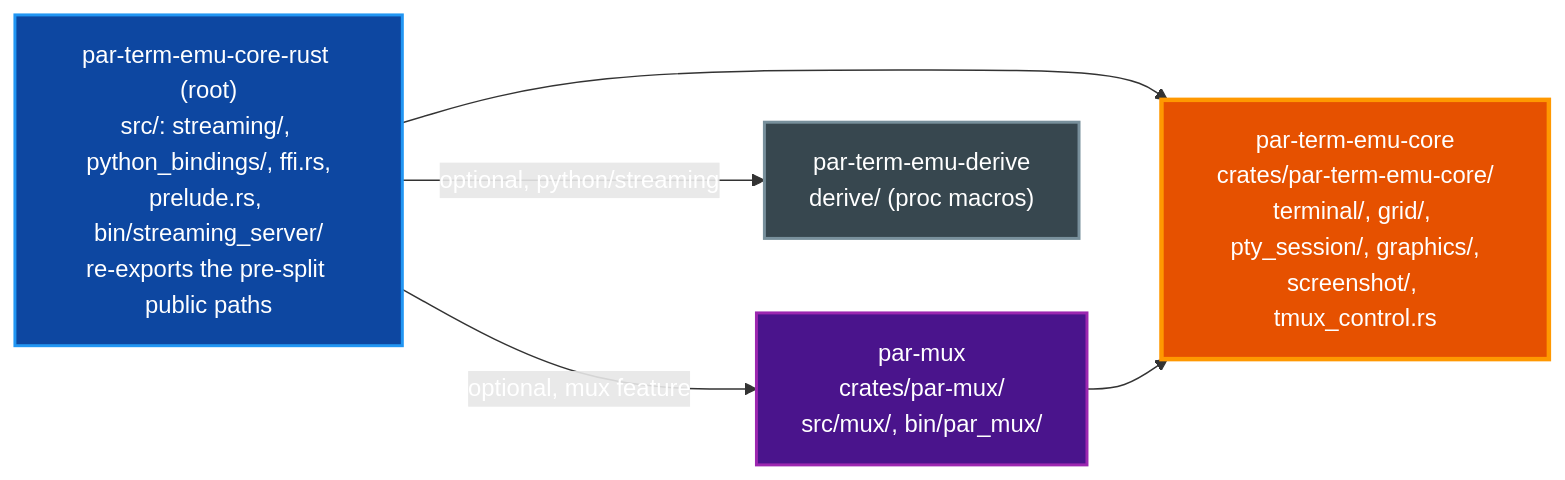
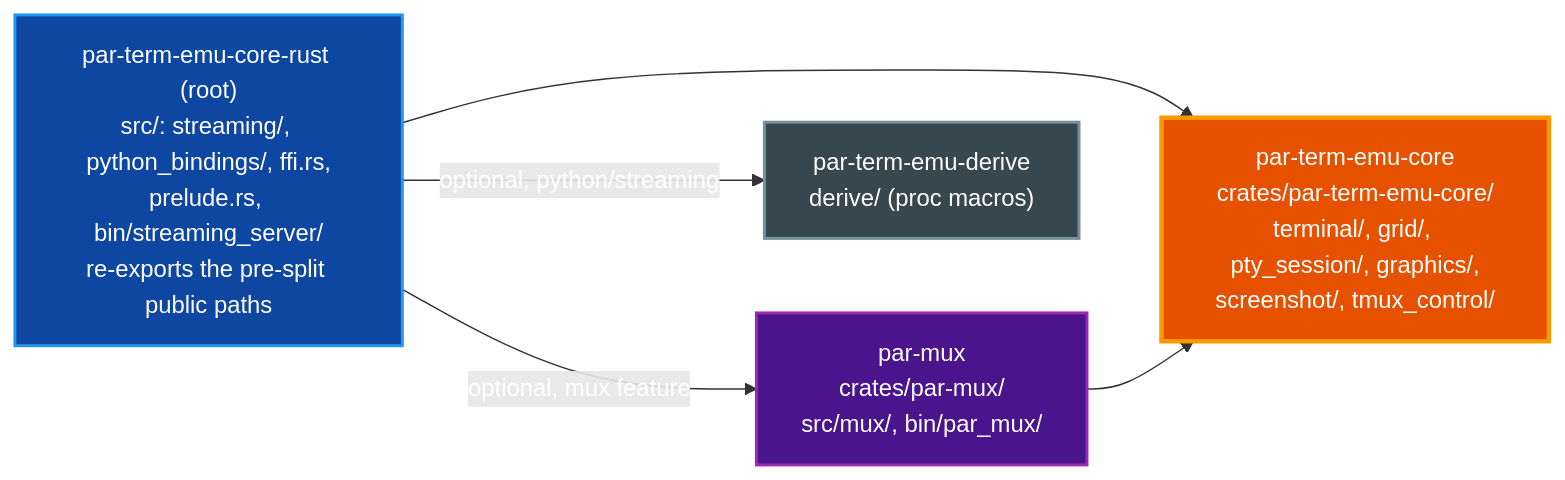
Before and after one commit to paulrobello/par-term-emu-core-rust: the first of 7 diagrams in docs/ARCHITECTURE.md, drawn with Mermaid. The commit also changed other lines of this file and 6 other files, not shown here.

Commit message:
refactor(core): split tmux_control into notification and parser modules (audit ARC-004)

````diff
--- a/docs/ARCHITECTURE.md
+++ b/docs/ARCHITECTURE.md
@@ -50,21 +50,21 @@
 ```mermaid
 graph LR
     Root["par-term-emu-core-rust (root)<br/>src/: streaming/, python_bindings/, ffi.rs,<br/>prelude.rs, bin/streaming_server/<br/>re-exports the pre-split public paths"]
     Mux["par-mux<br/>crates/par-mux/<br/>src/mux/, bin/par_mux/"]
-    Core["par-term-emu-core<br/>crates/par-term-emu-core/<br/>terminal/, grid/, pty_session/, graphics/,<br/>screenshot/, tmux_control.rs"]
+    Core["par-term-emu-core<br/>crates/par-term-emu-core/<br/>terminal/, grid/, pty_session/, graphics/,<br/>screenshot/, tmux_control/"]
     Derive["par-term-emu-derive<br/>derive/ (proc macros)"]
 
     Root --> Core
     Root -->|"optional, mux feature"| Mux
     Mux --> Core
     Root -->|"optional, python/streaming"| Derive
 
     classDef root fill:#0d47a1,stroke:#2196f3,stroke-width:2px,color:#ffffff
     classDef mux fill:#4a148c,stroke:#9c27b0,stroke-width:2px,color:#ffffff
     classDef core fill:#e65100,stroke:#ff9800,stroke-width:3px,color:#ffffff
     classDef neutral fill:#37474f,stroke:#78909c,stroke-width:2px,color:#ffffff
     class Root root
     class Mux mux
     class Core core
     class Derive neutral
 ```
````
